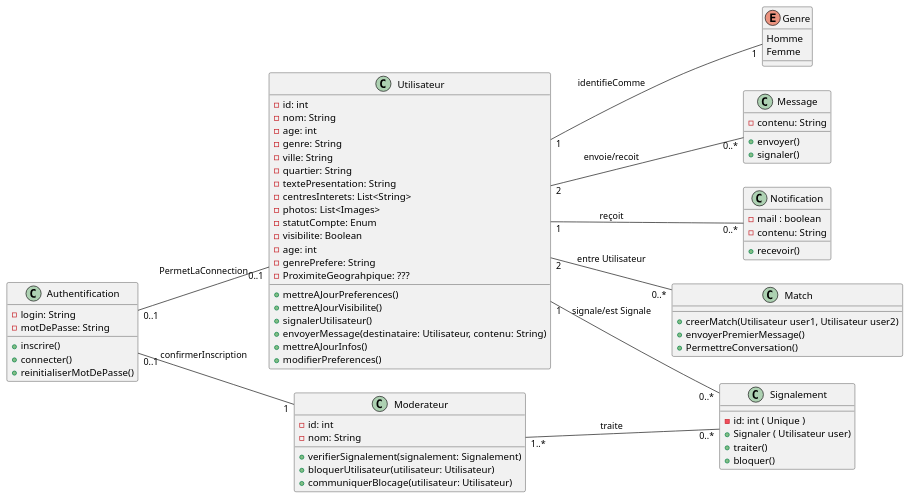
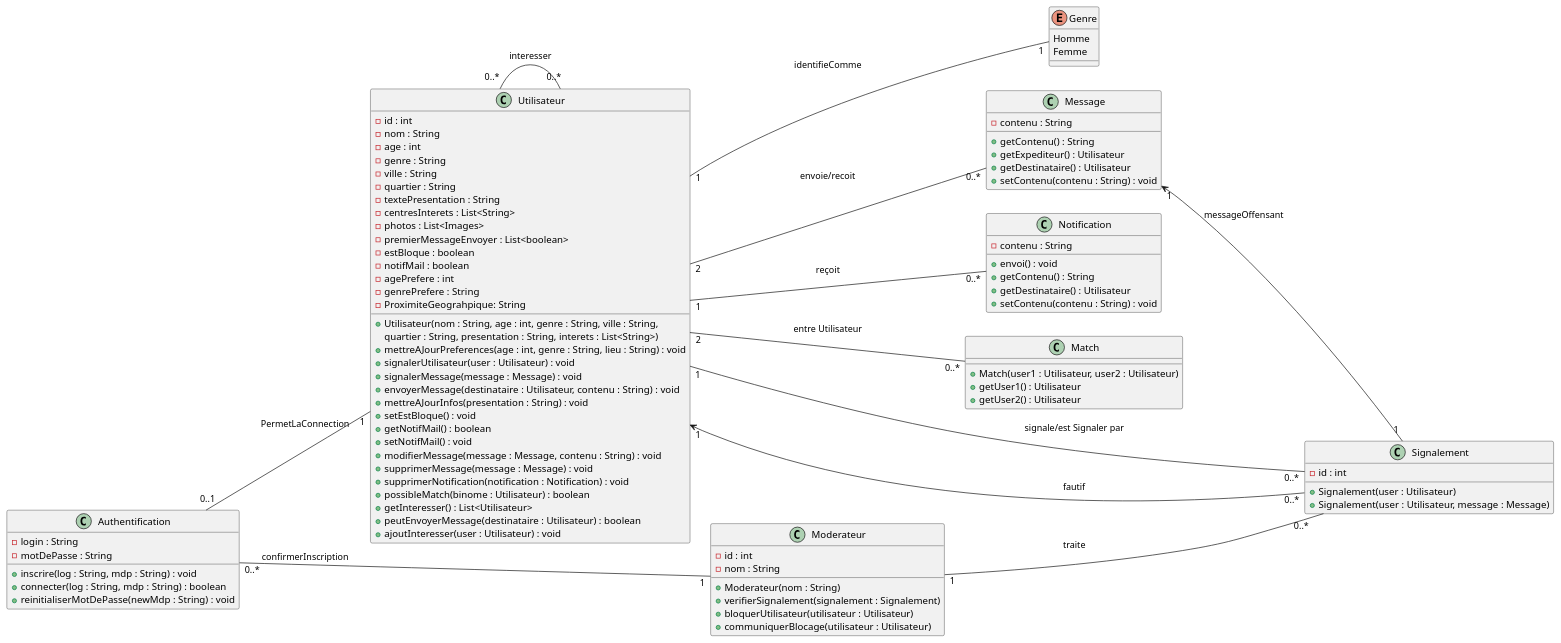
One commit to MinaroliCorentin/PSO changed the diagram in src/Projet_Tinder_UML.puml. Above: the diagram before and after it, drawn with PlantUML.

Commit message:
Mise à jour du diagramme de classes

```diff
--- a/src/Projet_Tinder_UML.puml
+++ b/src/Projet_Tinder_UML.puml
@@ -1,93 +1,105 @@
 @startuml
 left to right direction
 
 enum Genre {
-
     Homme
     Femme
-
 }
 
 '--- Classes ---'
 class Utilisateur {
-    - id: int
-    - nom: String
-    - age: int
-    - genre: String
-    - ville: String
-    - quartier: String
-    - textePresentation: String
-    - centresInterets: List<String>
-    - photos: List<Images>
-    - statutCompte: Enum
-    - visibilite: Boolean
-    - age: int
-    - genrePrefere: String
-    - ProximiteGeograhpique: ???
-    + mettreAJourPreferences()
-    + mettreAJourVisibilite()
-    + signalerUtilisateur()
-    + envoyerMessage(destinataire: Utilisateur, contenu: String)
-    + mettreAJourInfos()
-    + modifierPreferences()
+    - id : int
+    - nom : String
+    - age : int
+    - genre : String
+    - ville : String
+    - quartier : String
+    - textePresentation : String
+    - centresInterets : List<String>
+    - photos : List<Images>
+    - premierMessageEnvoyer : List<boolean>
+    - estBloque : boolean
+    - notifMail : boolean
+    - agePrefere : int
+    - genrePrefere : String
+    - ProximiteGeograhpique: String
+    + Utilisateur(nom : String, age : int, genre : String, ville : String,
+    quartier : String, presentation : String, interets : List<String>)
+    + mettreAJourPreferences(age : int, genre : String, lieu : String) : void
+    + signalerUtilisateur(user : Utilisateur) : void
+    + signalerMessage(message : Message) : void
+    + envoyerMessage(destinataire : Utilisateur, contenu : String) : void
+    + mettreAJourInfos(presentation : String) : void
+    + setEstBloque() : void
+    + getNotifMail() : boolean
+    + setNotifMail() : void
+    + modifierMessage(message : Message, contenu : String) : void
+    + supprimerMessage(message : Message) : void
+    + supprimerNotification(notification : Notification) : void
+    + possibleMatch(binome : Utilisateur) : boolean
+    + getInteresser() : List<Utilisateur>
+    + peutEnvoyerMessage(destinataire : Utilisateur) : boolean
+    + ajoutInteresser(user : Utilisateur) : void
 }
 
 class Message {
-
-    - contenu: String
-    + envoyer()
-    + signaler()
+    - contenu : String
+    + getContenu() : String
+    + getExpediteur() : Utilisateur
+    + getDestinataire() : Utilisateur
+    + setContenu(contenu : String) : void
 }
 
 class Notification {
-
-    - mail : boolean
-    - contenu: String
-    + recevoir()
-
+    - contenu : String
+    + envoi() : void
+    + getContenu() : String
+    + getDestinataire() : Utilisateur
+    + setContenu(contenu : String) : void
 }
 
 class Match {
-
-    + creerMatch(Utilisateur user1, Utilisateur user2)
-    + envoyerPremierMessage()
-    + PermettreConversation()
+    + Match(user1 : Utilisateur, user2 : Utilisateur)
+    + getUser1() : Utilisateur
+    + getUser2() : Utilisateur
 }
 
 class Signalement {
-
-    - id: int ( Unique )
-    + Signaler ( Utilisateur user)
-    + traiter()
-    + bloquer()
+    - id : int
+    + Signalement(user : Utilisateur)
+    + Signalement(user : Utilisateur, message : Message)
 }
 
 class Moderateur {
-    - id: int
-    - nom: String
-    + verifierSignalement(signalement: Signalement)
-    + bloquerUtilisateur(utilisateur: Utilisateur)
-    + communiquerBlocage(utilisateur: Utilisateur)
+    - id : int
+    - nom : String
+    + Moderateur(nom : String)
+    + verifierSignalement(signalement : Signalement)
+    + bloquerUtilisateur(utilisateur : Utilisateur)
+    + communiquerBlocage(utilisateur : Utilisateur)
 }
 
 
 class Authentification {
-    - login: String
-    - motDePasse: String
-    + inscrire()
-    + connecter()
-    + reinitialiserMotDePasse()
+    - login : String
+    - motDePasse : String
+    + inscrire(log : String, mdp : String) : void
+    + connecter(log : String, mdp : String) : boolean
+    + reinitialiserMotDePasse(newMdp : String) : void
 }
 
 
 '--- Relations ---'
 Utilisateur "2" -- "0..*" Message : envoie/recoit
 Utilisateur "2" -- "0..*" Match : entre Utilisateur
-Utilisateur "1" -- "0..*" Signalement : signale/est Signale
-Moderateur "1..*" -- "0..*" Signalement : traite
+Utilisateur "1" -- "0..*" Signalement : signale/est Signaler par
+Utilisateur "1" <-- "0..*" Signalement : fautif
+Moderateur "1" -- "0..*" Signalement : traite
+Message "1" <-- "1" Signalement : messageOffensant
 Utilisateur "1" -- "0..*" Notification : reçoit
 Utilisateur "1" -- "1" Genre : identifieComme
-Authentification "0..1" -- "1" Moderateur : confirmerInscription
-Authentification "0..1" -- "0..1" Utilisateur : PermetLaConnection
+Authentification "0..*" -- "1" Moderateur : confirmerInscription
+Authentification "0..1" -- "1" Utilisateur : PermetLaConnection
+Utilisateur "0..*" -- "0..*" Utilisateur : interesser
 
 @enduml
```
